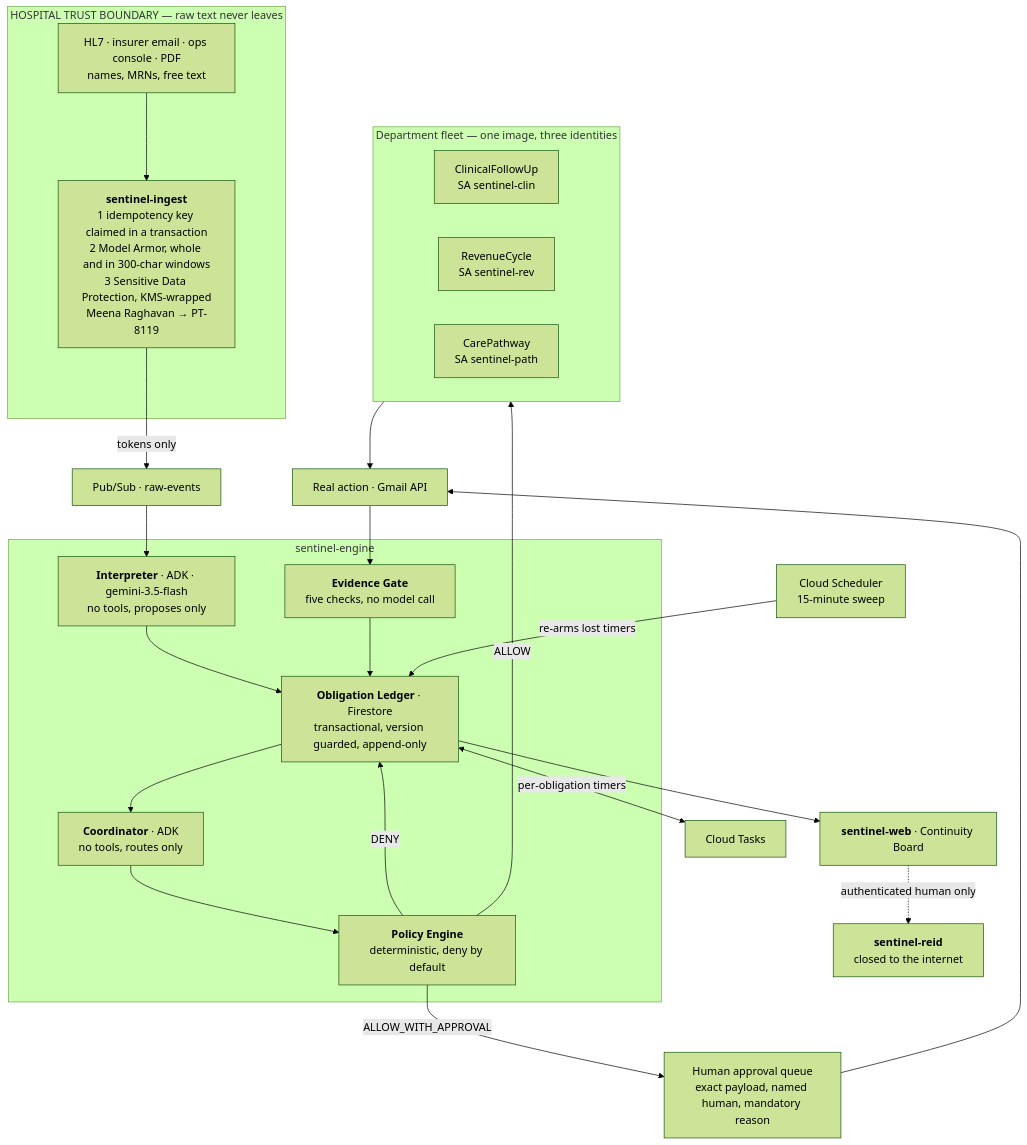
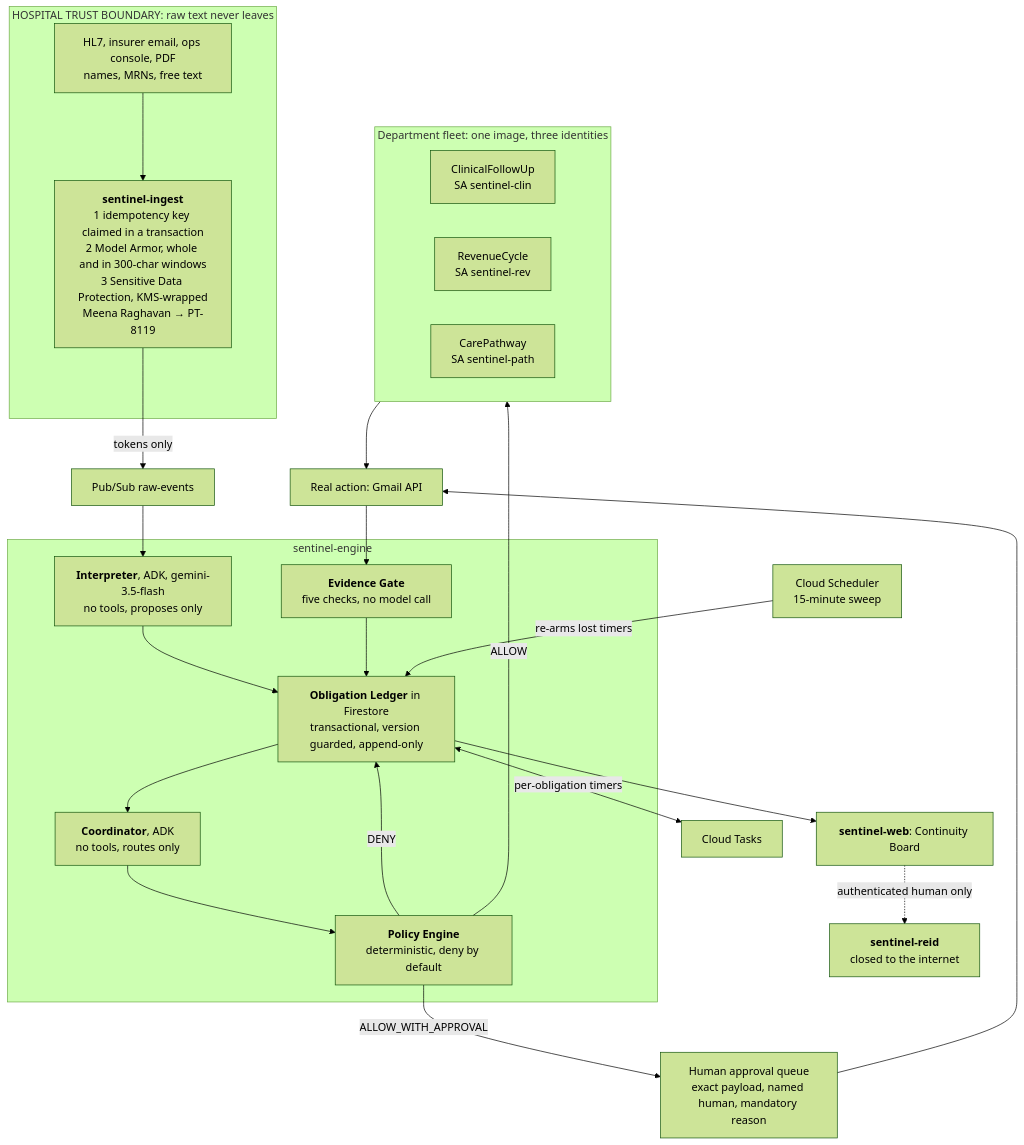
One commit to sridharan-kannan-06/sentinel changed the first of 2 diagrams in docs/architecture.md. Above: the diagram before and after it, drawn with Mermaid (forest theme).

Commit message:
docs: plain punctuation in the mermaid diagrams too

````diff
--- a/docs/architecture.md
+++ b/docs/architecture.md
@@ -34,43 +34,43 @@
 ```mermaid
 flowchart TD
-    subgraph BOUNDARY["HOSPITAL TRUST BOUNDARY — raw text never leaves"]
-        SRC["HL7 · insurer email · ops console · PDF<br/>names, MRNs, free text"]
+    subgraph BOUNDARY["HOSPITAL TRUST BOUNDARY: raw text never leaves"]
+        SRC["HL7, insurer email, ops console, PDF<br/>names, MRNs, free text"]
         ING["<b>sentinel-ingest</b><br/>1 idempotency key claimed in a transaction<br/>2 Model Armor, whole and in 300-char windows<br/>3 Sensitive Data Protection, KMS-wrapped<br/>Meena Raghavan → PT-8119"]
         SRC --> ING
     end
 
-    ING -->|"tokens only"| PS["Pub/Sub · raw-events"]
+    ING -->|"tokens only"| PS["Pub/Sub raw-events"]
 
     subgraph ENGINE["sentinel-engine"]
-        INT["<b>Interpreter</b> · ADK · gemini-3.5-flash<br/>no tools, proposes only"]
-        COORD["<b>Coordinator</b> · ADK<br/>no tools, routes only"]
+        INT["<b>Interpreter</b>, ADK, gemini-3.5-flash<br/>no tools, proposes only"]
+        COORD["<b>Coordinator</b>, ADK<br/>no tools, routes only"]
         POL["<b>Policy Engine</b><br/>deterministic, deny by default"]
-        LED["<b>Obligation Ledger</b> · Firestore<br/>transactional, version guarded, append-only"]
+        LED["<b>Obligation Ledger</b> in Firestore<br/>transactional, version guarded, append-only"]
         GATE["<b>Evidence Gate</b><br/>five checks, no model call"]
         INT --> LED
         LED --> COORD
         COORD --> POL
         GATE --> LED
     end
 
     PS --> INT
     LED <-->|"per-obligation timers"| TASKS["Cloud Tasks"]
     SWEEP["Cloud Scheduler<br/>15-minute sweep"] -->|"re-arms lost timers"| LED
 
     POL -->|ALLOW| FLEET
     POL -->|ALLOW_WITH_APPROVAL| APR["Human approval queue<br/>exact payload, named human, mandatory reason"]
     POL -->|DENY| LED
 
-    subgraph FLEET["Department fleet — one image, three identities"]
+    subgraph FLEET["Department fleet: one image, three identities"]
         CLIN["ClinicalFollowUp<br/>SA sentinel-clin"]
         REV["RevenueCycle<br/>SA sentinel-rev"]
         PATH["CarePathway<br/>SA sentinel-path"]
     end
 
-    FLEET --> MAIL["Real action · Gmail API"]
+    FLEET --> MAIL["Real action: Gmail API"]
     APR --> MAIL
     MAIL --> GATE
 
-    LED --> WEB["<b>sentinel-web</b> · Continuity Board"]
+    LED --> WEB["<b>sentinel-web</b>: Continuity Board"]
     WEB -.->|"authenticated human only"| REID["<b>sentinel-reid</b><br/>closed to the internet"]
 ```
````
